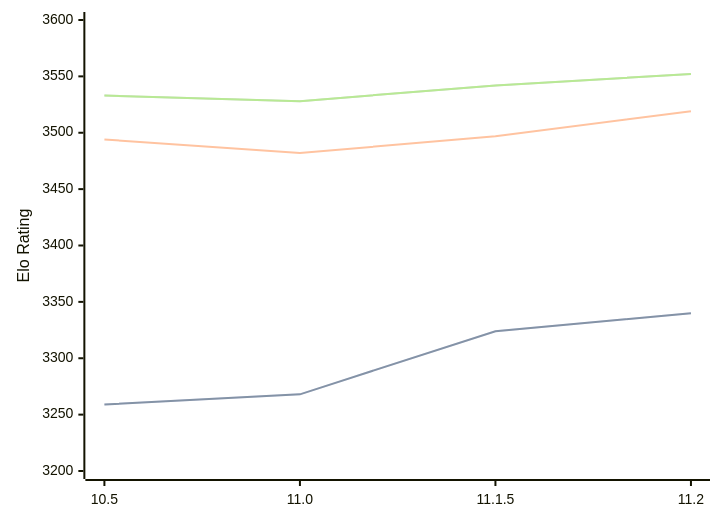
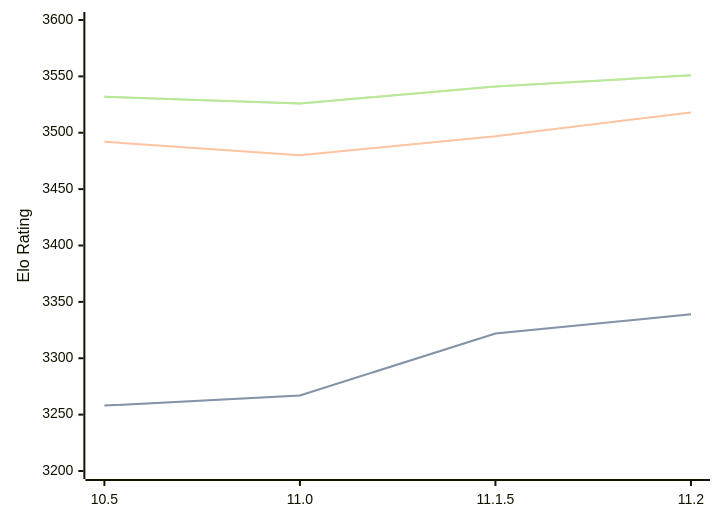
Before and after one commit to computer-chess-index/cci: the diagram in engines/Lizard.md, drawn with Mermaid. The commit also changed other lines of this file, not shown here.

Commit message:
Update CCI Ratings (ELO VLTC) - 2026-04-26

````diff
--- a/engines/Lizard.md
+++ b/engines/Lizard.md
@@ -46,11 +46,11 @@
 ```mermaid
 %%{init: {"theme":"base","themeVariables":{"seriesColors:['#a3a3a3','#222221','#faa371']}}}%%
 xychart-beta
   x-axis ["10.5", "11.0", "11.1.5", "11.2"]
   y-axis "Elo Rating" 3200 --> 3600
-  line "STC (8.0+0.08s)" [3259, 3268, 3324, 3340]
-  line "STC (8.0+0.08s)" [3259, 3268, 3324, 3340]
-  line "LTC (60.0+0.60s)" [3494, 3482, 3497, 3519]
-  line "VLTC (2m24s+1.12s)" [3533, 3528, 3542, 3552]
-  line "VLTC (2m24s+1.12s)" [3533, 3528, 3542, 3552]
+  line "STC (8.0+0.08s)" [3258, 3267, 3322, 3339]
+  line "STC (8.0+0.08s)" [3258, 3267, 3322, 3339]
+  line "LTC (60.0+0.60s)" [3492, 3480, 3497, 3518]
+  line "VLTC (2m24s+1.12s)" [3532, 3526, 3541, 3551]
+  line "VLTC (2m24s+1.12s)" [3532, 3526, 3541, 3551]
 ```
````
